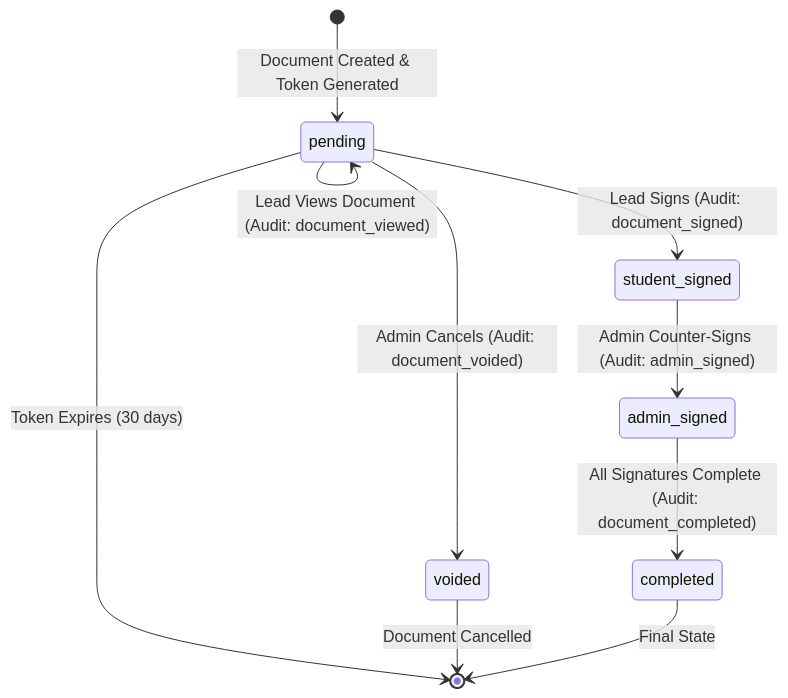
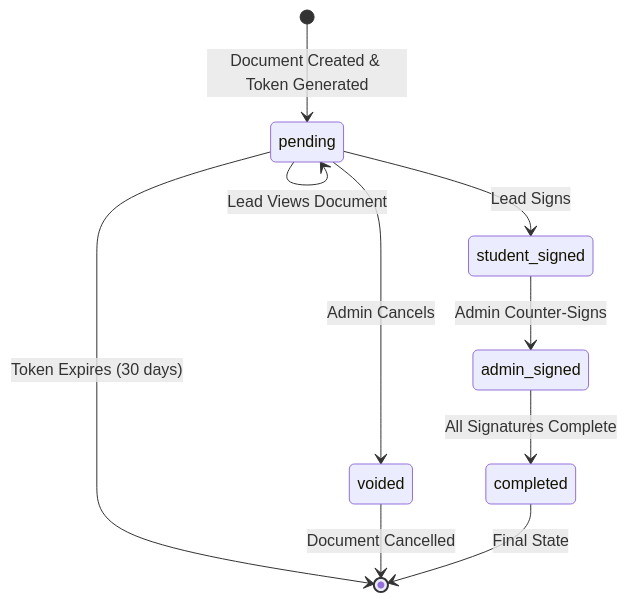
One commit to hfredrick69/aada_lms changed the sixth of 7 diagrams in docs/esign-flow-diagram.md. Above: the diagram before and after it, drawn with Mermaid.

Commit message:
Fix Mermaid state diagram - remove colons from transition labels
- Colons in parentheses (Audit: ...) were causing parse errors
- Simplified transition labels to avoid syntax conflicts

🤖 Generated with [Claude Code](https://claude.com/claude-code)

````diff
--- a/docs/esign-flow-diagram.md
+++ b/docs/esign-flow-diagram.md
@@ -275,22 +275,22 @@
 ```mermaid
 stateDiagram-v2
     [*] --> pending: Document Created & Token Generated
 
-    pending --> pending: Token Sent to Lead (Audit: document_sent)
+    pending --> pending: Token Sent to Lead
 
-    pending --> pending: Lead Views Document (Audit: document_viewed)
+    pending --> pending: Lead Views Document
 
-    pending --> student_signed: Lead Signs (Audit: document_signed)
+    pending --> student_signed: Lead Signs
 
-    pending --> voided: Admin Cancels (Audit: document_voided)
+    pending --> voided: Admin Cancels
 
-    student_signed --> admin_signed: Admin Counter-Signs (Audit: admin_signed)
+    student_signed --> admin_signed: Admin Counter-Signs
 
-    admin_signed --> completed: All Signatures Complete (Audit: document_completed)
+    admin_signed --> completed: All Signatures Complete
 
     pending --> [*]: Token Expires (30 days)
 
     voided --> [*]: Document Cancelled
 
     completed --> [*]: Final State
 ```
````
